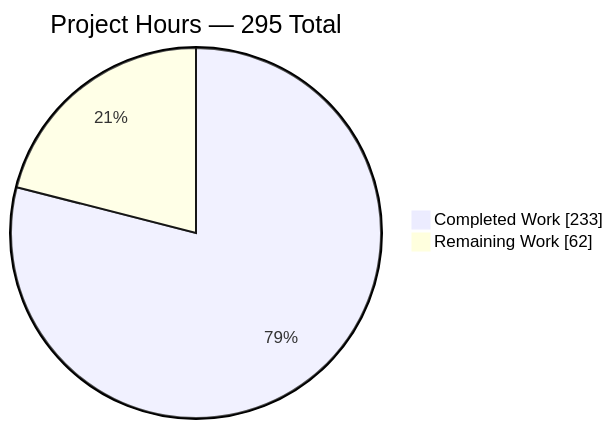
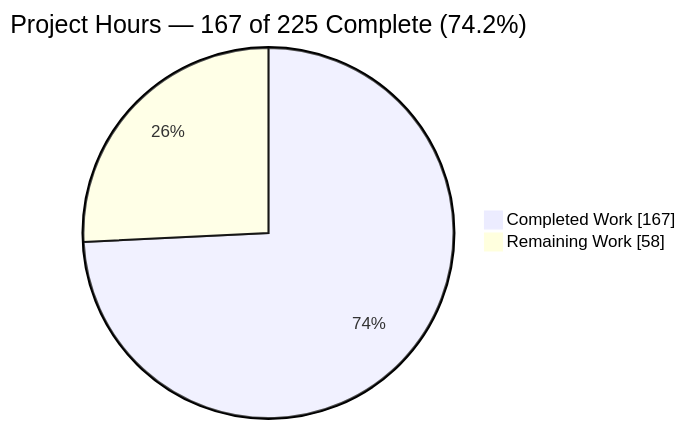
Before and after one commit to Blitzy-Sandbox/blitzy-odoo: the second of 5 diagrams in blitzy/documentation/Project Guide.md, drawn with Mermaid. The commit also changed other lines of this file, not shown here.

Commit message:
Adding Blitzy Project Guide: Project Status and Human Tasks Remaining

````diff
--- a/blitzy/documentation/Project Guide.md
+++ b/blitzy/documentation/Project Guide.md
@@ -220,5 +234,5 @@
 ```mermaid
-pie showData title Project Hours — 295 Total
-    "Completed Work" : 233
-    "Remaining Work" : 62
+pie showData title Project Hours — 167 of 225 Complete (74.2%)
+    "Completed Work" : 167
+    "Remaining Work" : 58
 ```
````
